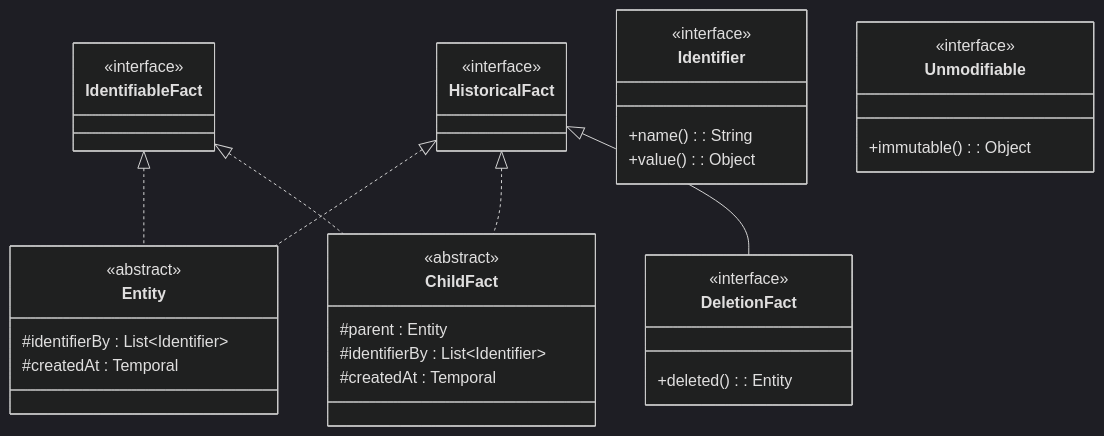
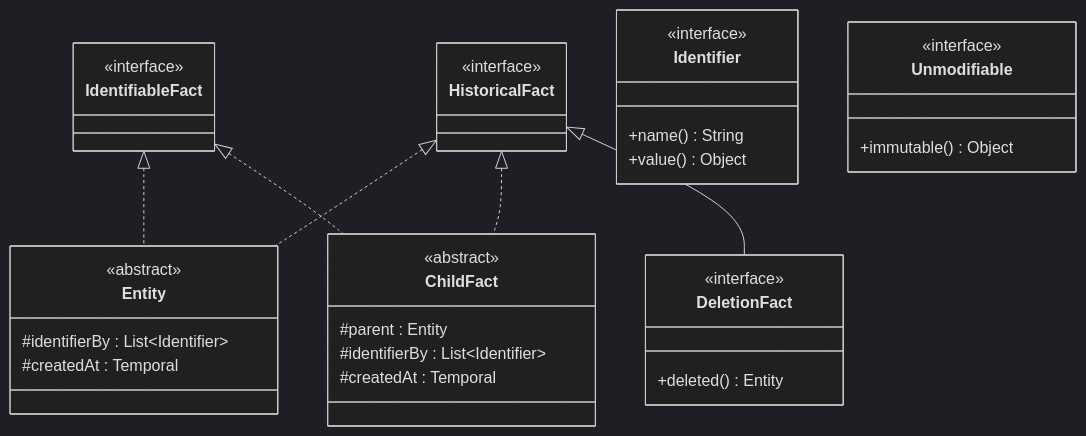
One commit to cybnity/foundation changed the diagram in implementations-line/framework/immutable/README.md. Above: the diagram before and after it, drawn with Mermaid (dark theme).

````diff
--- a/implementations-line/framework/immutable/README.md
+++ b/implementations-line/framework/immutable/README.md
@@ -27,38 +27,38 @@
 ```mermaid
 classDiagram
     HistoricalFact <|.. Entity
     IdentifiableFact <|.. Entity
     IdentifiableFact <|.. ChildFact
     HistoricalFact <|.. ChildFact
     HistoricalFact <|-- DeletionFact
     class HistoricalFact {
         <<interface>>
     }
     class IdentifiableFact {
         <<interface>>
     }
     class Entity {
         <<abstract>>
         #identifierBy : List~Identifier~
         #createdAt : Temporal
     }
     class ChildFact {
         <<abstract>>
         #parent : Entity
         #identifierBy : List~Identifier~
         #createdAt : Temporal
     }
     class DeletionFact {
         <<interface>>
-        +deleted() : Entity
+        +deleted() Entity
     }
     class Identifier {
         <<interface>>
-        +name() : String
-        +value() : Object
+        +name() String
+        +value() Object
     }
     class Unmodifiable {
         <<interface>>
-        +immutable() : Object
+        +immutable() Object
     }
 ```
````
